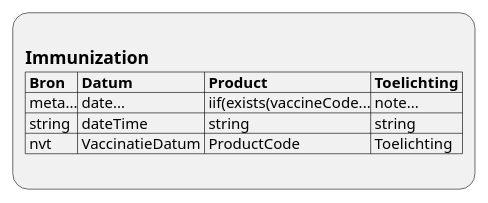
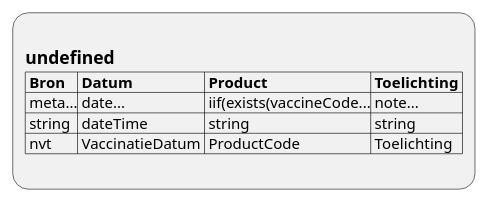
The diagram in input/images-source/ViewDefinition-Immunization.plantuml (RIVO-Noord/zorgviewer-ig), drawn with PlantUML before and after one commit. The commit also changed 18 other files, not shown here.

```diff
--- a/input/images-source/ViewDefinition-Immunization.plantuml
+++ b/input/images-source/ViewDefinition-Immunization.plantuml
@@ -1,9 +1,9 @@
 @startuml ViewDefinition-Immunization
 :
-== Immunization
+== undefined
 |= Bron |= Datum |= Product |= Toelichting |
 | meta...| date...| iif(exists(vaccineCode...| note...|
 | string | dateTime | string | string |
 | nvt | VaccinatieDatum | ProductCode | Toelichting |
 ;
 @enduml
```
